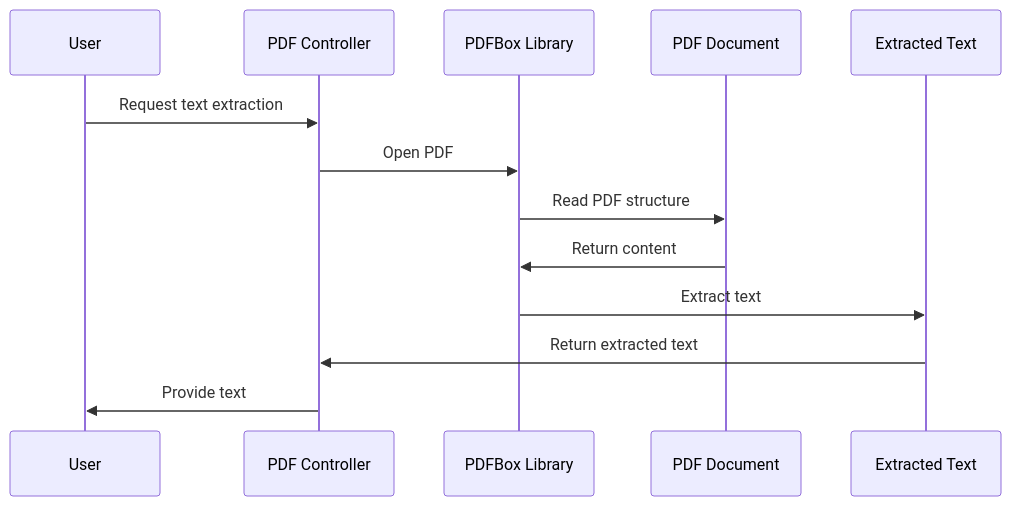
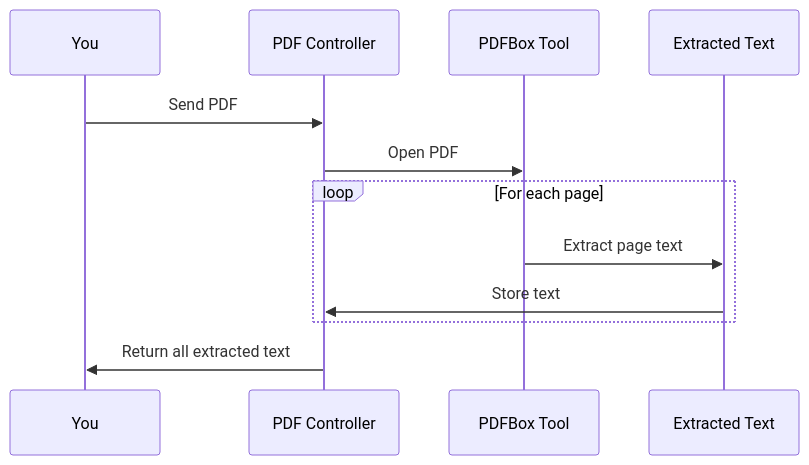
The fifth of 6 diagrams in README.md (dygavieta/NewRepo), drawn with Mermaid before and after one commit. The commit also changed other lines of this file, not shown here.

````diff
--- a/README.md
+++ b/README.md
@@ -968,16 +358,14 @@
 ```mermaid
 sequenceDiagram
-    participant User
+    participant User as You
     participant Controller as PDF Controller
-    participant PDFBox as PDFBox Library
-    participant Document as PDF Document
+    participant PDFBox as PDFBox Tool
     participant Text as Extracted Text
-
-    User->>Controller: Request text extraction
+    User->>Controller: Send PDF
     Controller->>PDFBox: Open PDF
-    PDFBox->>Document: Read PDF structure
-    Document->>PDFBox: Return content
-    PDFBox->>Text: Extract text
-    Text->>Controller: Return extracted text
-    Controller->>User: Provide text
+    loop For each page
+        PDFBox->>Text: Extract page text
+        Text->>Controller: Store text
+    end
+    Controller->>User: Return all extracted text
 ```
````
